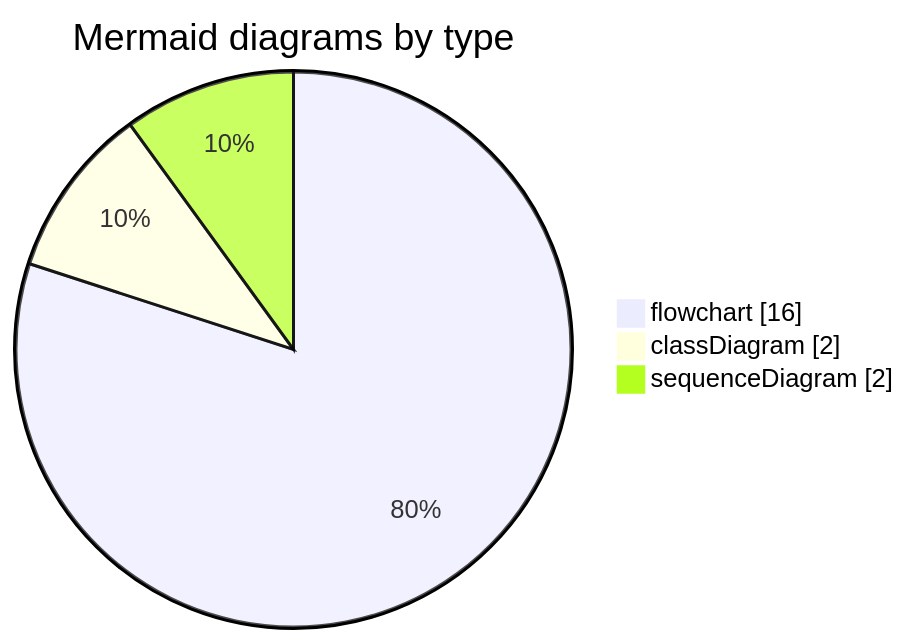
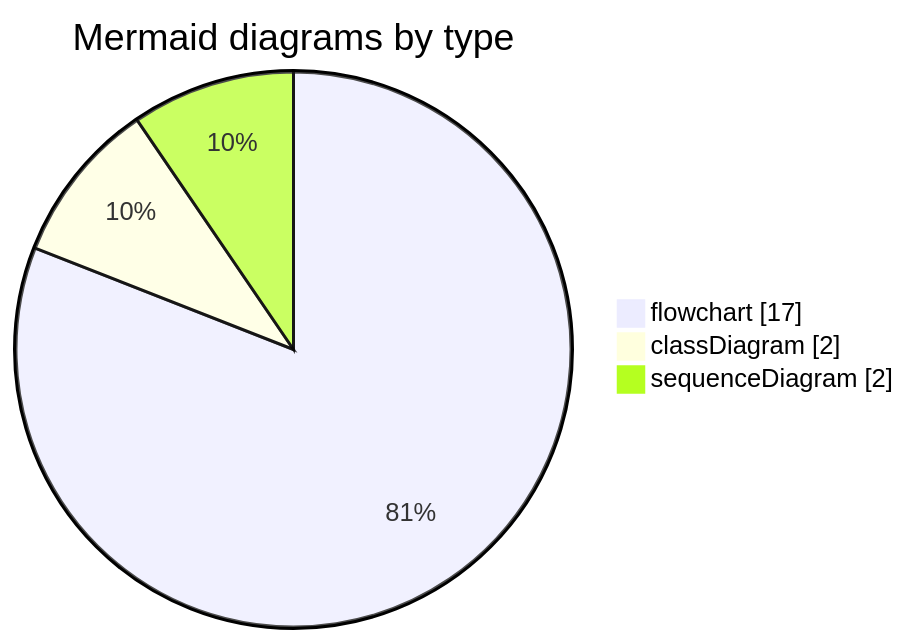
The second of 2 diagrams in docs/stats.md (chris-piekarski/hot-iron), drawn with Mermaid before and after one commit. The commit also changed other lines of this file and 34 other files, not shown here.

````diff
--- a/docs/stats.md
+++ b/docs/stats.md
@@ -123,7 +124,7 @@
 ```mermaid
 pie showData
     title Mermaid diagrams by type
-    "flowchart" : 16
+    "flowchart" : 17
     "classDiagram" : 2
     "sequenceDiagram" : 2
 ```
````
